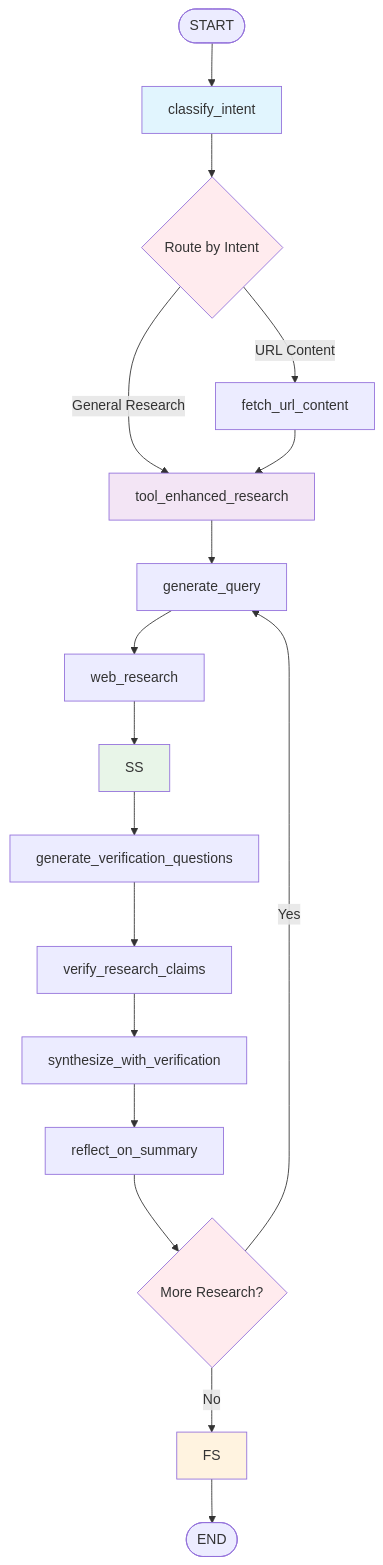
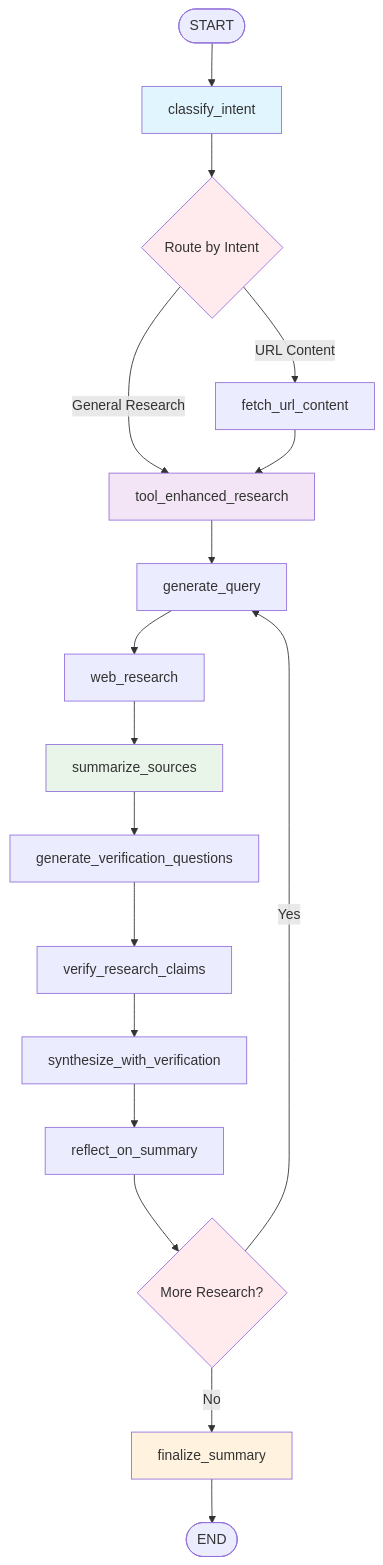
The second of 2 diagrams in README.md (FRAMEEE17/MonkeyResearcher), drawn with Mermaid before and after one commit. The commit also changed other lines of this file, not shown here.

Commit message:
Remove abbreviations from mermaid graph
- Replace SS with summarize_sources
- Replace FS with finalize_summary
- Update styling references to use full names
- Improve graph readability and clarity

````diff
--- a/README.md
+++ b/README.md
@@ -205,33 +198,33 @@
 ```mermaid
 graph TD
     Start([START]) --> CI[classify_intent]
     
     CI --> Route1{Route by Intent}
     Route1 -->|URL Content| FUC[fetch_url_content]
     Route1 -->|General Research| TER[tool_enhanced_research]
     
     FUC --> TER
     
     TER --> GQ[generate_query]
     GQ --> WR[web_research]
-    WR --> SS
+    WR --> summarize_sources
     
-    SS --> GVQ[generate_verification_questions]
+    summarize_sources --> GVQ[generate_verification_questions]
     
     GVQ --> VRC[verify_research_claims]
     VRC --> SWV[synthesize_with_verification]
     SWV --> ROS[reflect_on_summary]
     
     ROS --> Route4{More Research?}
     Route4 -->|Yes| GQ
-    Route4 -->|No| FS
+    Route4 -->|No| finalize_summary
     
-    FS --> End([END])
+    finalize_summary --> End([END])
     
     style CI fill:#e1f5fe
     style TER fill:#f3e5f5
-    style SS fill:#e8f5e8
-    style FS fill:#fff3e0
+    style summarize_sources fill:#e8f5e8
+    style finalize_summary fill:#fff3e0
     style Route1 fill:#ffebee
     style Route4 fill:#ffebee
 ```
````
